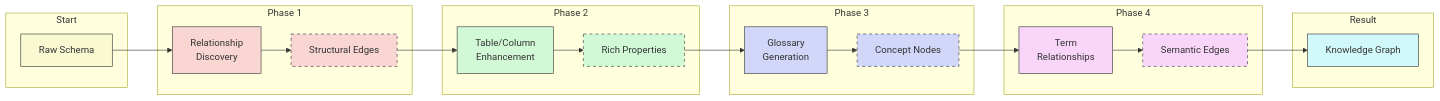
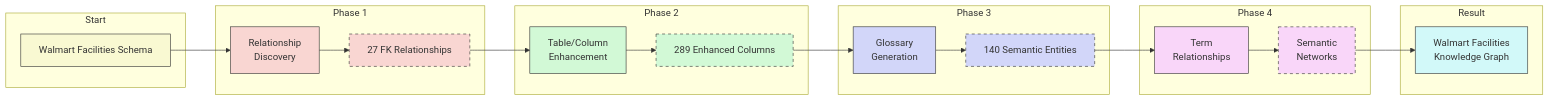
Before and after one commit to arunmenon/text2sql: the fifth of 7 diagrams in documentation/reports/knowledge_graph_flywheel.md, drawn with Mermaid. The commit also changed other lines of this file, not shown here.

Commit message:
Update Knowledge Graph Flywheel document with Walmart schema context and examples

````diff
--- a/documentation/reports/knowledge_graph_flywheel.md
+++ b/documentation/reports/knowledge_graph_flywheel.md
@@ -225,51 +250,51 @@
 ```mermaid
 flowchart LR
     subgraph Start
-        RS[Raw Schema]
+        RS[Walmart Facilities Schema]
     end
     
     subgraph Phase 1
         RE[Relationship<br>Discovery]
-        SE[Structural Edges]
+        SE[27 FK Relationships]
     end
     
     subgraph Phase 2
         TE[Table/Column<br>Enhancement]
-        RP[Rich Properties]
+        RP[289 Enhanced Columns]
     end
     
     subgraph Phase 3
         GG[Glossary<br>Generation]
-        CN[Concept Nodes]
+        CN[140 Semantic Entities]
     end
     
     subgraph Phase 4
         TR[Term<br>Relationships]
-        ME[Semantic Edges]
+        ME[Semantic<br>Networks]
     end
     
     subgraph Result
-        KG[Knowledge Graph]
+        KG[Walmart Facilities<br>Knowledge Graph]
     end
     
     RS --> RE
     RE --> SE
     SE --> TE
     TE --> RP
     RP --> GG
     GG --> CN
     CN --> TR
     TR --> ME
     ME --> KG
     
     style RS fill:#f9f9d2,stroke:#333
     style RE fill:#f9d6d2,stroke:#333
     style SE fill:#f9d6d2,stroke:#333,stroke-dasharray: 5 5
     style TE fill:#d2f9d6,stroke:#333
     style RP fill:#d2f9d6,stroke:#333,stroke-dasharray: 5 5
     style GG fill:#d2d6f9,stroke:#333
     style CN fill:#d2d6f9,stroke:#333,stroke-dasharray: 5 5
     style TR fill:#f9d6f9,stroke:#333
     style ME fill:#f9d6f9,stroke:#333,stroke-dasharray: 5 5
     style KG fill:#d2f9f9,stroke:#333
 ```
````
